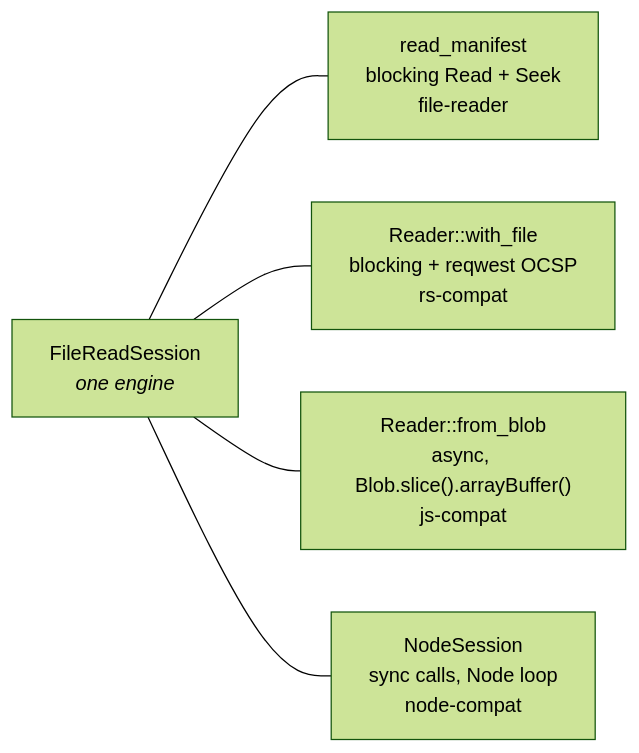
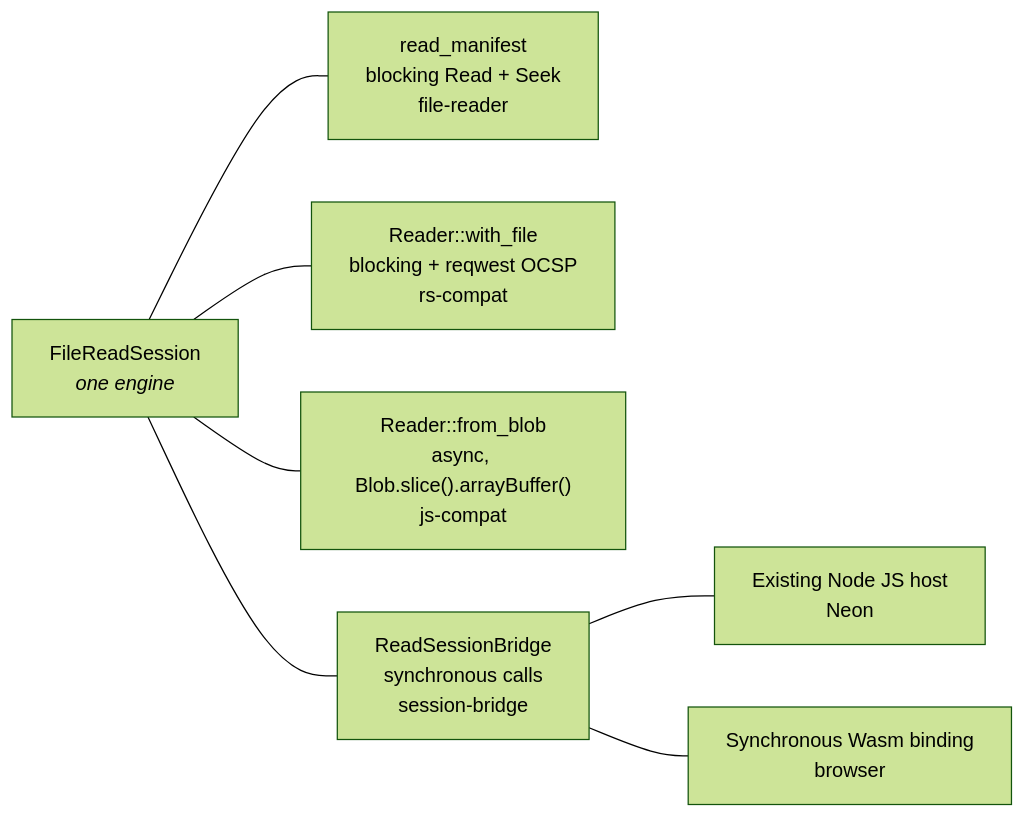
The third of 3 diagrams in docs/walkthrough/03-read-path.md (scouten/state-machine-experiment), drawn with Mermaid (forest theme) before and after one commit. The commit also changed other lines of this file and 9 other files, not shown here.

First line of the commit message:
docs: document the session bridge, Wasm binding and C++ consumer

````diff
--- a/docs/walkthrough/03-read-path.md
+++ b/docs/walkthrough/03-read-path.md
@@ -91,8 +91,10 @@
 ```mermaid
 flowchart LR
     S["FileReadSession<br/><i>one engine</i>"]
     S --- H1["read_manifest<br/>blocking Read + Seek<br/>file-reader"]
     S --- H2["Reader::with_file<br/>blocking + reqwest OCSP<br/>rs-compat"]
     S --- H3["Reader::from_blob<br/>async, Blob.slice().arrayBuffer()<br/>js-compat"]
-    S --- H4["NodeSession<br/>sync calls, Node loop<br/>node-compat"]
+    S --- H4["ReadSessionBridge<br/>synchronous calls<br/>session-bridge"]
+    H4 --- N["Existing Node JS host<br/>Neon"]
+    H4 --- W["Synchronous Wasm binding<br/>browser"]
 ```
````
